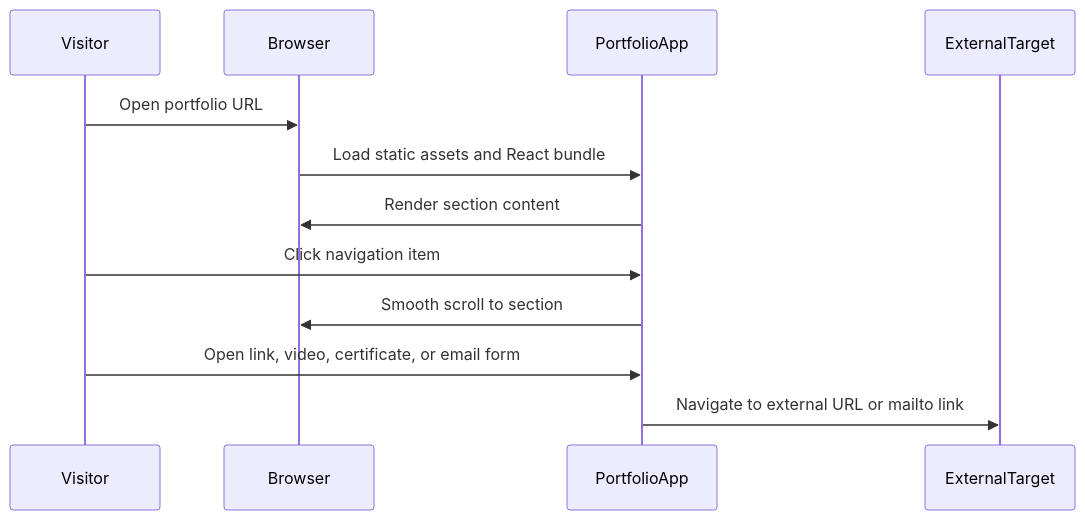
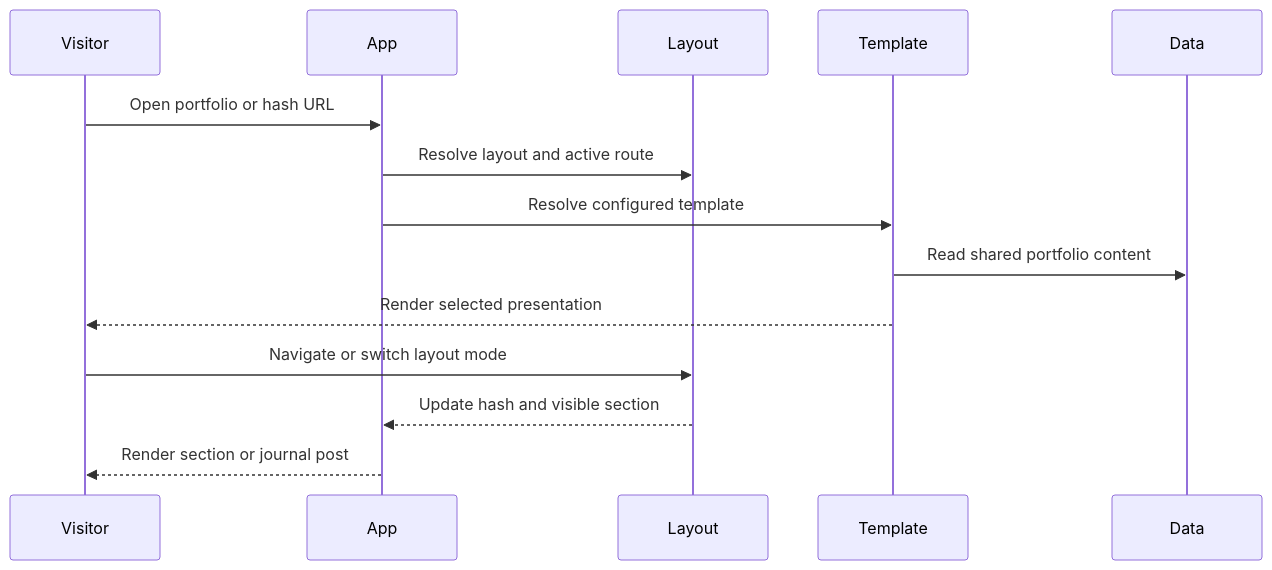
One commit to nhamhung/nhamhung.github.io changed the second of 2 diagrams in aidlc-docs/inception/reverse-engineering/architecture.md. Above: the diagram before and after it, drawn with Mermaid. The commit also changed other lines of this file and 119 other files, not shown here.

````diff
--- a/aidlc-docs/inception/reverse-engineering/architecture.md
+++ b/aidlc-docs/inception/reverse-engineering/architecture.md
@@ -57,15 +91,17 @@
 ```mermaid
 sequenceDiagram
     participant Visitor
-    participant Browser
-    participant PortfolioApp
-    participant ExternalTarget
+    participant App
+    participant Layout
+    participant Template
+    participant Data
 
-    Visitor->>Browser: Open portfolio URL
-    Browser->>PortfolioApp: Load static assets and React bundle
-    PortfolioApp->>Browser: Render section content
-    Visitor->>PortfolioApp: Click navigation item
-    PortfolioApp->>Browser: Smooth scroll to section
-    Visitor->>PortfolioApp: Open link, video, certificate, or email form
-    PortfolioApp->>ExternalTarget: Navigate to external URL or mailto link
+    Visitor->>App: Open portfolio or hash URL
+    App->>Layout: Resolve layout and active route
+    App->>Template: Resolve configured template
+    Template->>Data: Read shared portfolio content
+    Template-->>Visitor: Render selected presentation
+    Visitor->>Layout: Navigate or switch layout mode
+    Layout-->>App: Update hash and visible section
+    App-->>Visitor: Render section or journal post
 ```
````
